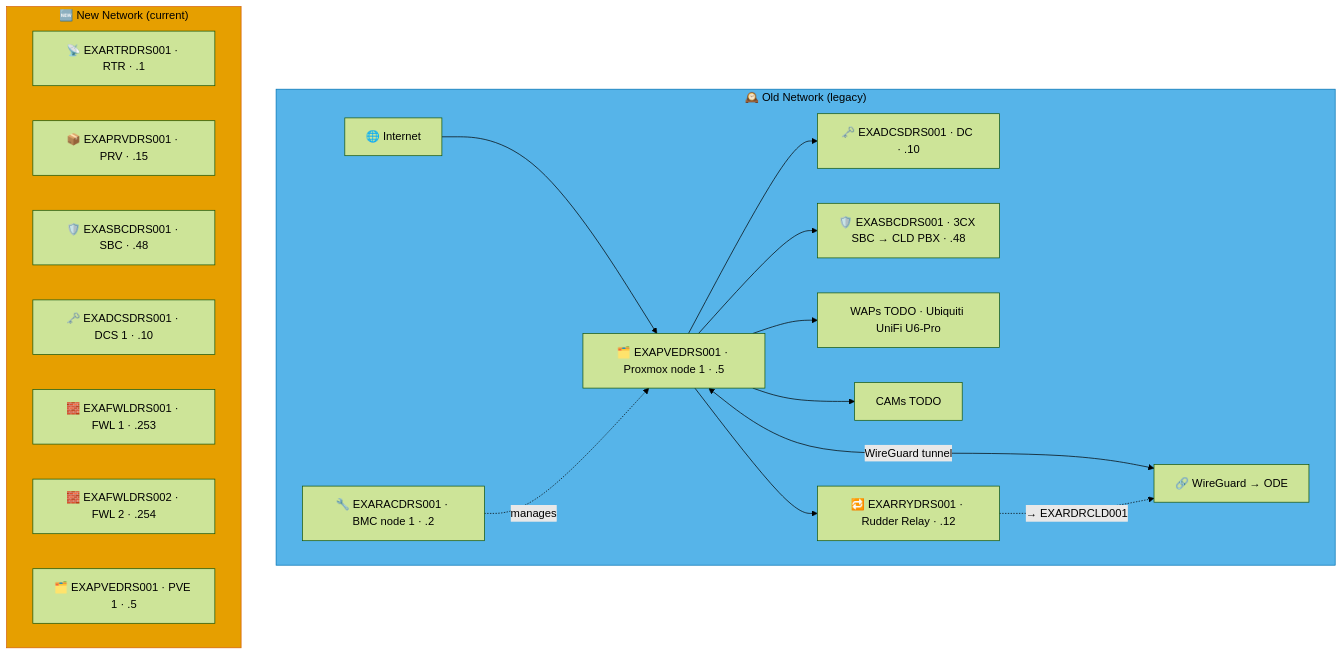
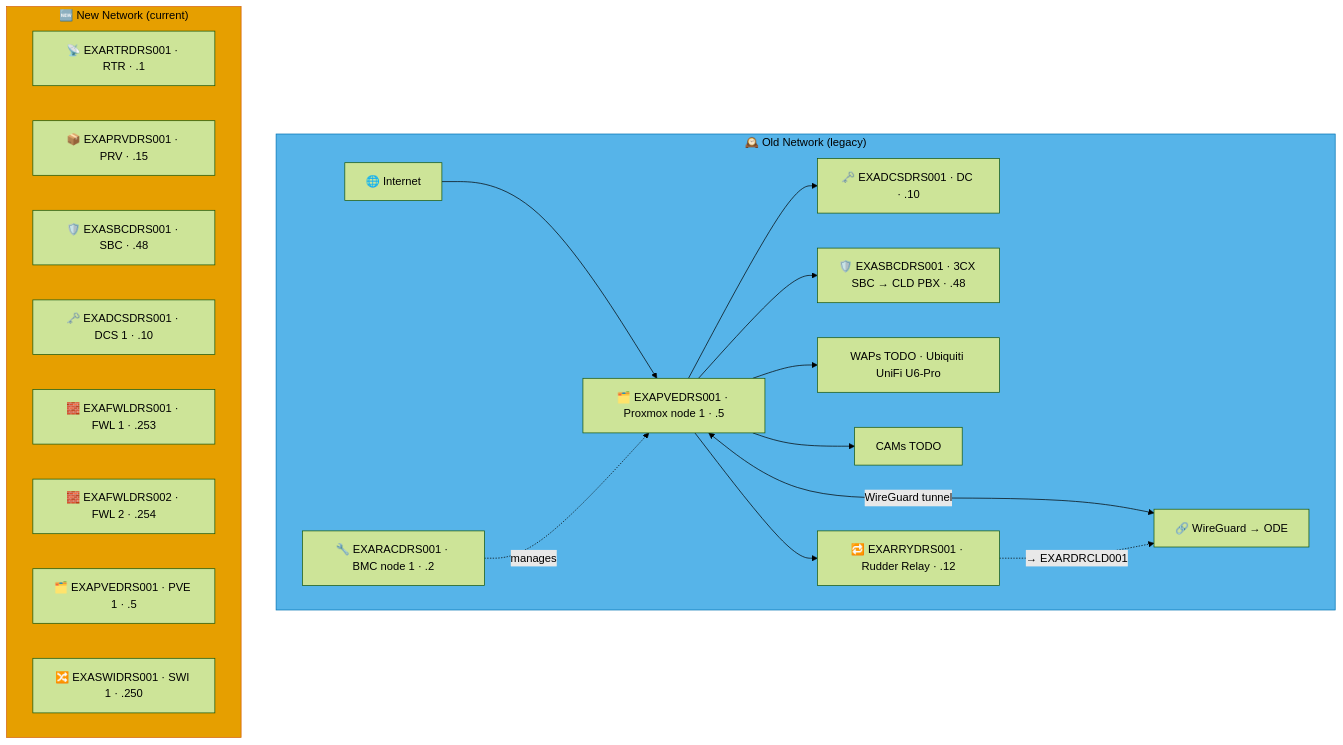
Before and after one commit to knightmare2600/example_music_infra: the fourth of 5 diagrams in docs/network-diagram/deutschland.md, drawn with Mermaid (forest theme). The commit also changed other lines of this file and 12 other files, not shown here.

````diff
--- a/docs/network-diagram/deutschland.md
+++ b/docs/network-diagram/deutschland.md
@@ -180,35 +181,36 @@
 ```mermaid
 graph TD
     subgraph OLD_DRS ["🕰️ Old Network (legacy)"]
       INET["🌐 Internet"]
       RAC["🔧 EXARACDRS001 · BMC node 1 · .2"]
       PVE["🗂️ EXAPVEDRS001 · Proxmox node 1 · .5"]
       DC["🗝️ EXADCSDRS001 · DC · .10"]
       SBC["🛡️ EXASBCDRS001 · 3CX SBC → CLD PBX · .48"]
       RRY["🔁 EXARRYDRS001 · Rudder Relay · .12"]
       WAP["WAPs TODO · Ubiquiti UniFi U6-Pro"]
       CAM["CAMs TODO"]
       VPN["🔗 WireGuard → ODE"]
 
       INET --> PVE --> DC & SBC
       RAC -.->|"manages"| PVE
       PVE --> WAP & CAM
       PVE <-->|"WireGuard tunnel"| VPN
 
       PVE --> RRY
       RRY -. "→ EXARDRCLD001" .-> VPN
     end
     style OLD_DRS fill:#56B4E9,stroke:#0072B2,color:#000000
     %% GENERATED:NEW-NETWORK:DRS:START
     subgraph NEW_DRS ["🆕 New Network (current)"]
       N_RTR["📡 EXARTRDRS001 · RTR · .1"]
       N_PRV["📦 EXAPRVDRS001 · PRV · .15"]
       N_SBC["🛡️ EXASBCDRS001 · SBC · .48"]
       N_DCS["🗝️ EXADCSDRS001 · DCS 1 · .10"]
       N_FWL["🧱 EXAFWLDRS001 · FWL 1 · .253"]
       N_FWL2["🧱 EXAFWLDRS002 · FWL 2 · .254"]
       N_PVE["🗂️ EXAPVEDRS001 · PVE 1 · .5"]
+      N_SWI["🔀 EXASWIDRS001 · SWI 1 · .250"]
     end
     style NEW_DRS fill:#E69F00,stroke:#D55E00,color:#000000
     %% GENERATED:NEW-NETWORK:DRS:END
 ```
````
